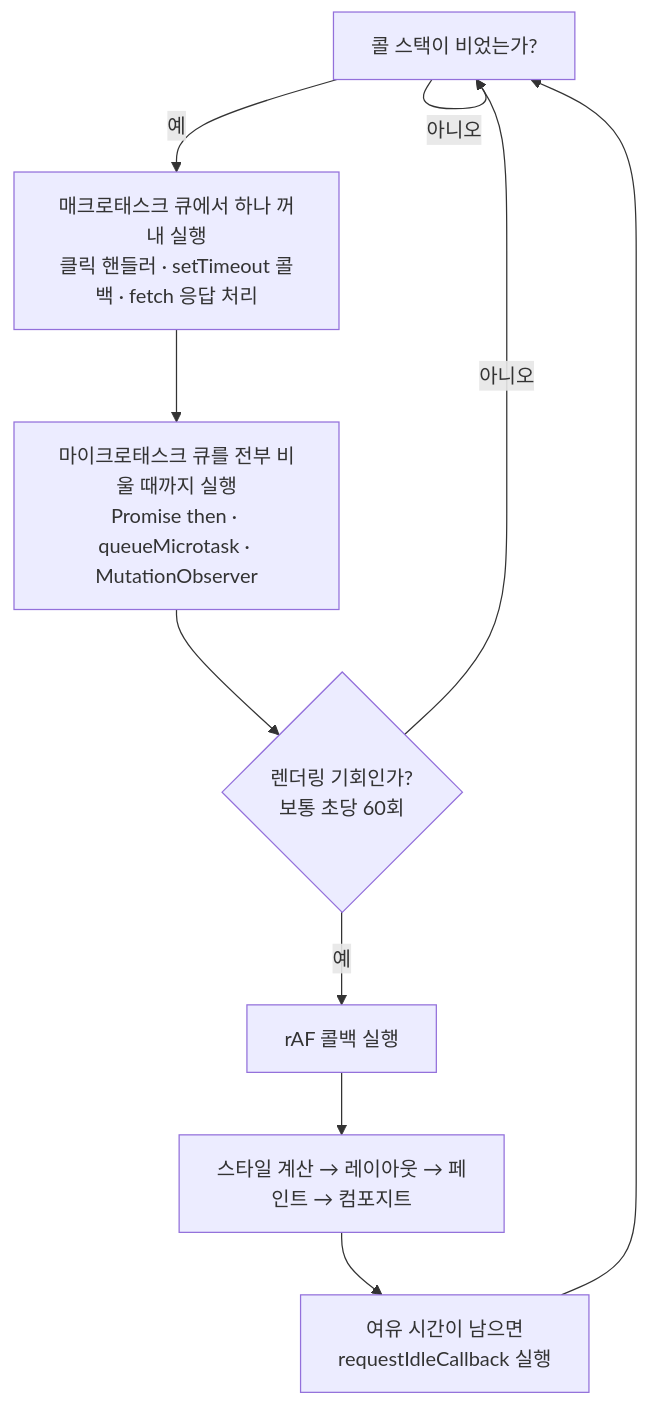
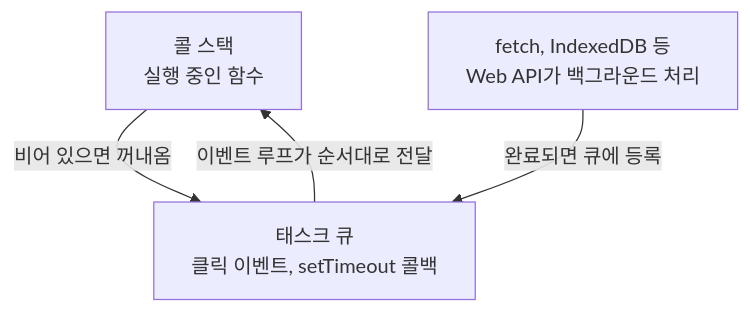
The diagram in content/web/javascript/web_apis/01_web-platform-basics.mdx (zenoK80/zeno-ai-docs), drawn with Mermaid before and after one commit. The commit also changed other lines of this file and 403 other files, not shown here.

````diff
--- a/content/web/javascript/web_apis/01_web-platform-basics.mdx
+++ b/content/web/javascript/web_apis/01_web-platform-basics.mdx
@@ -149,12 +38,6 @@
 ```mermaid
 graph TD
-  A["콜 스택이 비었는가?"] -->|아니오| A
-  A -->|예| B["매크로태스크 큐에서 하나 꺼내 실행<br/>클릭 핸들러 · setTimeout 콜백 · fetch 응답 처리"]
-  B --> C["마이크로태스크 큐를 전부 비울 때까지 실행<br/>Promise then · queueMicrotask · MutationObserver"]
-  C --> D{"렌더링 기회인가?<br/>보통 초당 60회"}
-  D -->|아니오| A
-  D -->|예| E["rAF 콜백 실행"]
-  E --> F["스타일 계산 → 레이아웃 → 페인트 → 컴포지트"]
-  F --> G["여유 시간이 남으면<br/>requestIdleCallback 실행"]
-  G --> A
+  A["콜 스택<br/>실행 중인 함수"] -->|비어 있으면 꺼내옴| B["태스크 큐<br/>클릭 이벤트, setTimeout 콜백"]
+  C["fetch, IndexedDB 등<br/>Web API가 백그라운드 처리"] -->|완료되면 큐에 등록| B
+  B -->|이벤트 루프가 순서대로 전달| A
 ```
````
